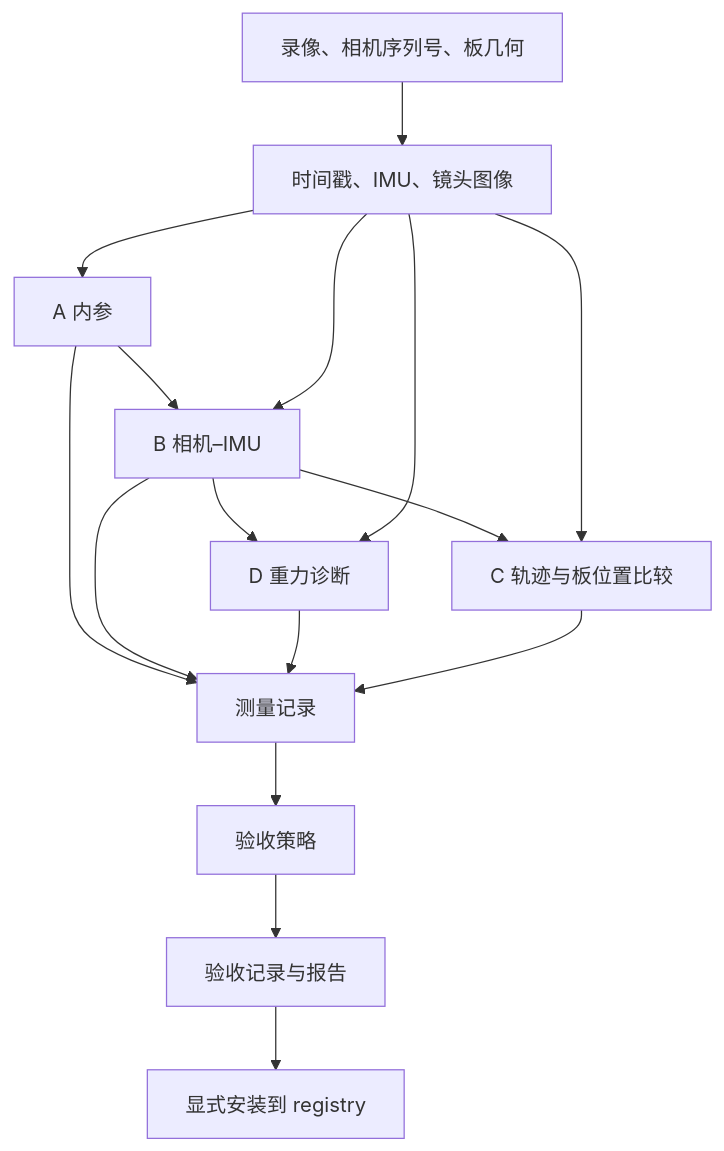
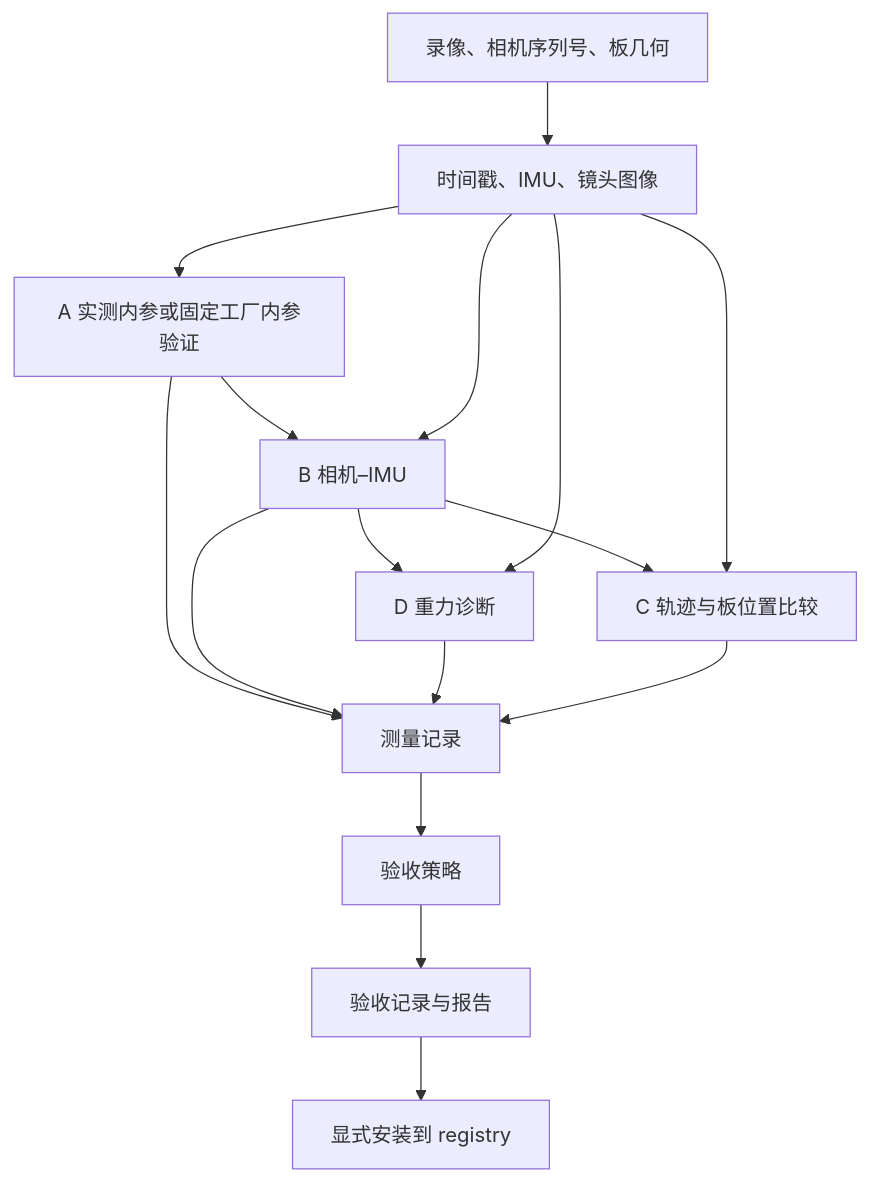
One commit to Zijian007/umi_data_collection changed the diagram in docs/dev/标定架构与验证.md. Above: the diagram before and after it, drawn with Mermaid. The commit also changed other lines of this file and 292 other files, not shown here.

````diff
--- a/docs/dev/标定架构与验证.md
+++ b/docs/dev/标定架构与验证.md
@@ -22,18 +24,18 @@
 ```mermaid
 flowchart TD
     Input[录像、相机序列号、板几何] --> Prepare[时间戳、IMU、镜头图像]
-    Prepare --> A[A 内参]
+    Prepare --> A[A 实测内参或固定工厂内参验证]
     A --> B[B 相机–IMU]
     Prepare --> B
     B --> D[D 重力诊断]
     B --> C[C 轨迹与板位置比较]
     Prepare --> D
     Prepare --> C
     A --> Evidence[测量记录]
     B --> Evidence
     D --> Evidence
     C --> Evidence
     Evidence --> Policy[验收策略]
     Policy --> Report[验收记录与报告]
     Report --> Install[显式安装到 registry]
 ```
````
